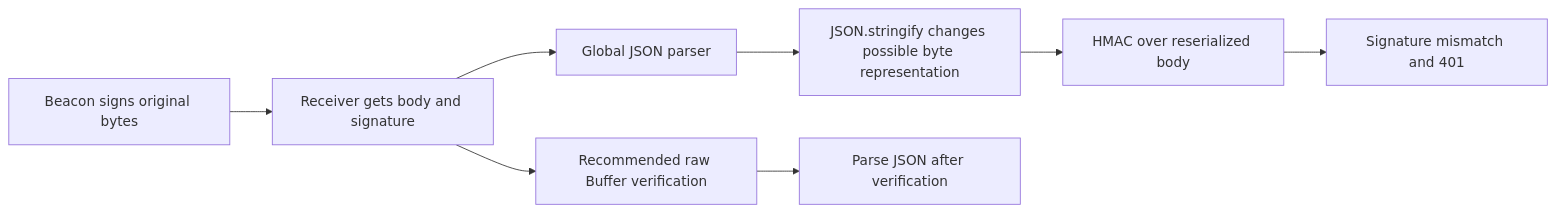
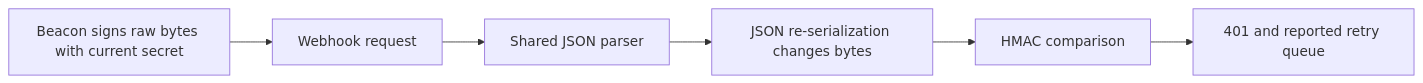
Before and after one commit to c-mongan/support-triage-agent-template: the diagram in docs/demo/codex/reports/20261007-000000-SUP-1002-triage.md, drawn with Mermaid. The commit also changed other lines of this file and 73 other files, not shown here.

````diff
--- a/docs/demo/codex/reports/20261007-000000-SUP-1002-triage.md
+++ b/docs/demo/codex/reports/20261007-000000-SUP-1002-triage.md
@@ -63,10 +56,8 @@
 ```mermaid
 flowchart LR
-    A[Beacon signs original bytes] --> B[Receiver gets body and signature]
-    B --> C[Global JSON parser]
-    C --> D[JSON.stringify changes possible byte representation]
-    D --> E[HMAC over reserialized body]
-    E --> F[Signature mismatch and 401]
-    B --> G[Recommended raw Buffer verification]
-    G --> H[Parse JSON after verification]
+    A[Beacon signs raw bytes with current secret] --> B[Webhook request]
+    B --> C[Shared JSON parser]
+    C --> D[JSON re-serialization changes bytes]
+    D --> E[HMAC comparison]
+    E --> F[401 and reported retry queue]
 ```
````
